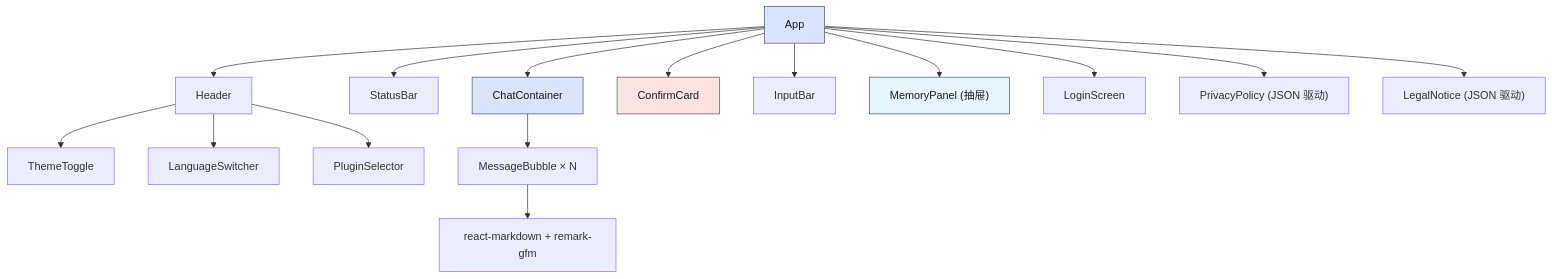
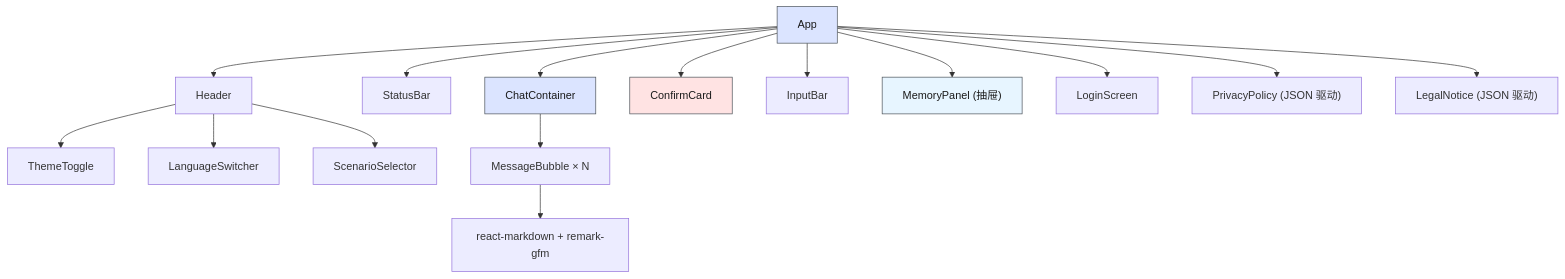
One commit to yjzaaa/leave-approval-agent changed the fifth of 6 diagrams in src/client/CLAUDE.md. Above: the diagram before and after it, drawn with Mermaid. The commit also changed other lines of this file and 80 other files, not shown here.

First line of the commit message:
refactor: Plugin → Scenario 全局重命名，消除业务术语歧义

````diff
--- a/src/client/CLAUDE.md
+++ b/src/client/CLAUDE.md
@@ -148,22 +148,22 @@
 ```mermaid
 graph TD
     App --> Header
     Header --> ThemeToggle
     Header --> LanguageSwitcher["LanguageSwitcher"]
-    Header --> PluginSelector
+    Header --> ScenarioSelector
     App --> StatusBar
     App --> ChatContainer
     ChatContainer --> MessageBubble1["MessageBubble × N"]
     MessageBubble1 --> Markdown["react-markdown + remark-gfm"]
     App --> ConfirmCard
     App --> InputBar
     App --> MemoryPanel["MemoryPanel (抽屉)"]
     App --> LoginScreen["LoginScreen"]
     App --> PrivacyPolicy["PrivacyPolicy (JSON 驱动)"]
     App --> LegalNotice["LegalNotice (JSON 驱动)"]
 
     style App fill:#dbe4ff,stroke:#495057,color:#1a1a1a
     style ChatContainer fill:#dbe4ff,stroke:#495057,color:#1a1a1a
     style ConfirmCard fill:#ffe3e3,stroke:#495057,color:#1a1a1a
     style MemoryPanel fill:#e7f5ff,stroke:#495057,color:#1a1a1a
 ```
````
